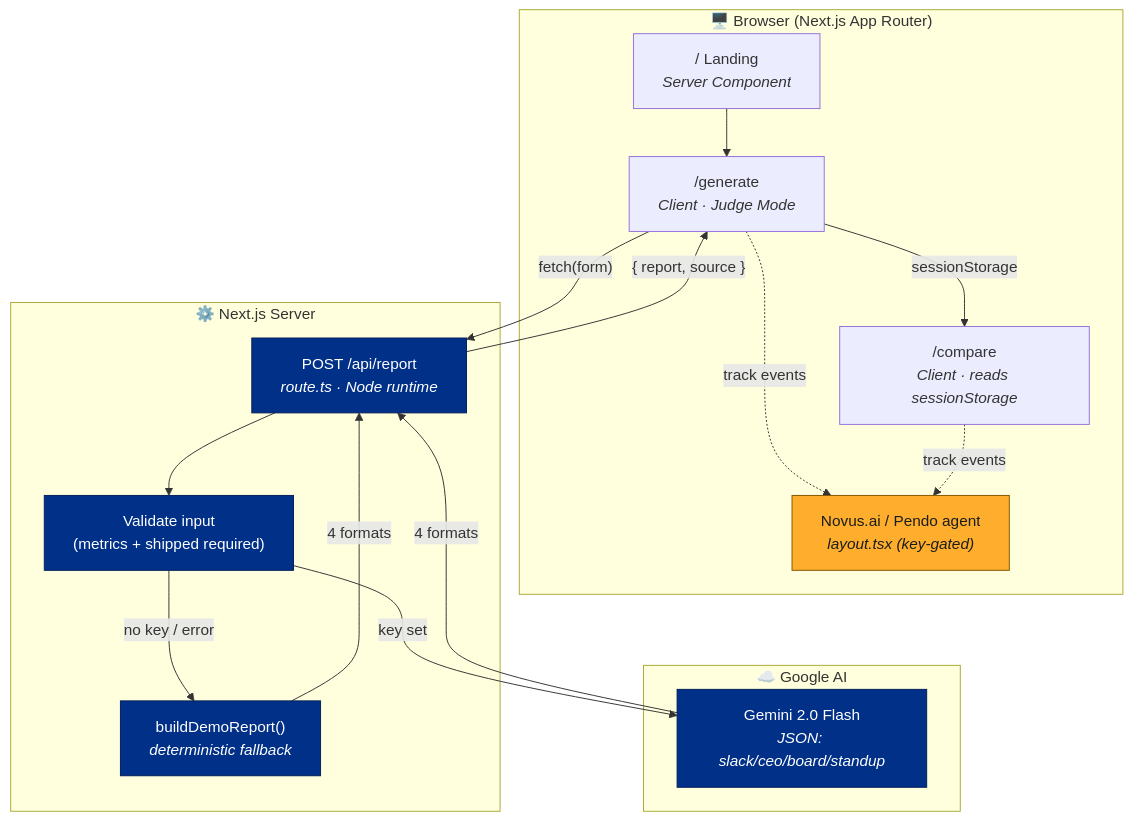
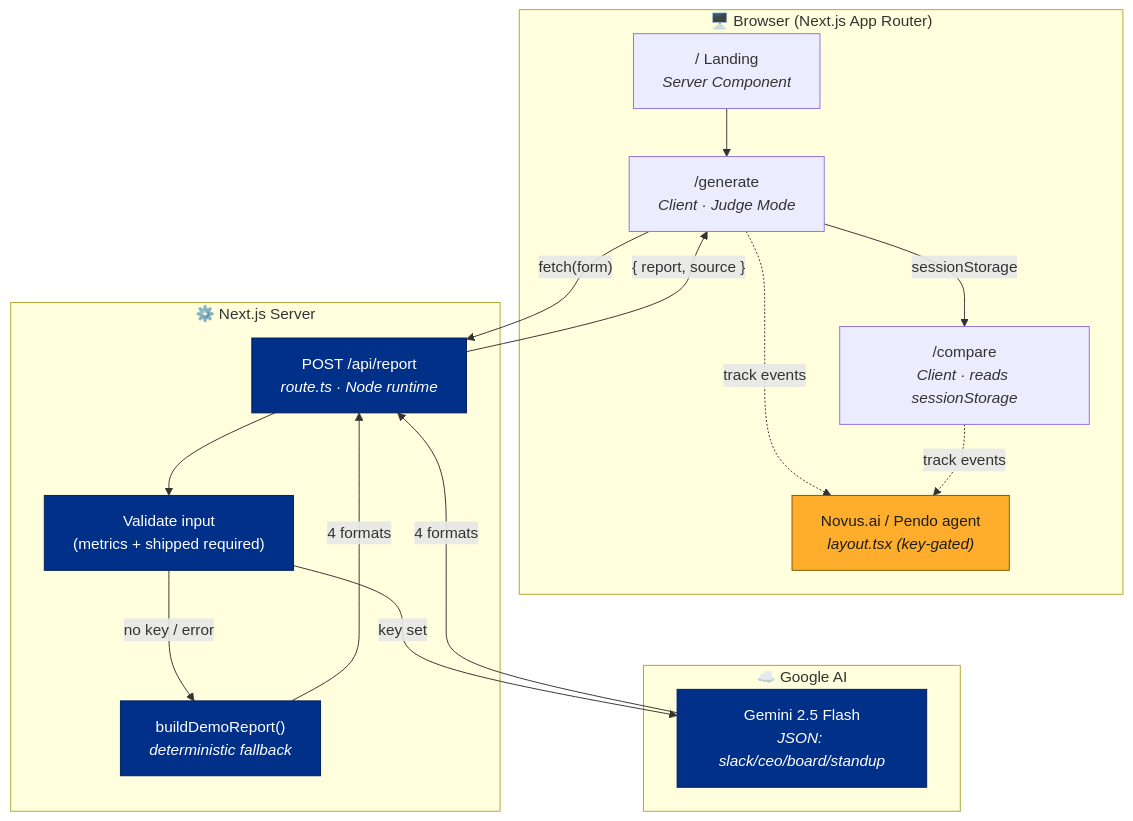
The diagram in README.md (manojmallick/pulsereport), drawn with Mermaid before and after one commit. The commit also changed other lines of this file and 5 other files, not shown here.

First line of the commit message:
Fix: use gemini-2.5-flash (2.0-flash retired → 404)

````diff
--- a/README.md
+++ b/README.md
@@ -59,36 +59,36 @@
 ```mermaid
 flowchart TD
     subgraph Browser["🖥️  Browser (Next.js App Router)"]
         L["/ Landing<br/><i>Server Component</i>"]
         G["/generate<br/><i>Client · Judge Mode</i>"]
         C["/compare<br/><i>Client · reads sessionStorage</i>"]
         N["Novus.ai / Pendo agent<br/><i>layout.tsx (key-gated)</i>"]
     end
 
     subgraph Edge["⚙️  Next.js Server"]
         API["POST /api/report<br/><i>route.ts · Node runtime</i>"]
         VAL["Validate input<br/>(metrics + shipped required)"]
         DEMO["buildDemoReport()<br/><i>deterministic fallback</i>"]
     end
 
     subgraph Google["☁️  Google AI"]
-        GEM["Gemini 2.0 Flash<br/><i>JSON: slack/ceo/board/standup</i>"]
+        GEM["Gemini 2.5 Flash<br/><i>JSON: slack/ceo/board/standup</i>"]
     end
 
     G -- "fetch(form)" --> API
     API --> VAL
     VAL -- "key set" --> GEM
     VAL -- "no key / error" --> DEMO
     GEM -- "4 formats" --> API
     DEMO -- "4 formats" --> API
     API -- "{ report, source }" --> G
     G -- "sessionStorage" --> C
     G -.->|track events| N
     C -.->|track events| N
     L --> G
 
     classDef g fill:#003087,stroke:#001d59,color:#fff;
     classDef a fill:#feae2c,stroke:#835500,color:#1a1c1b;
     class API,VAL,DEMO,GEM g;
     class N a;
 ```
````
